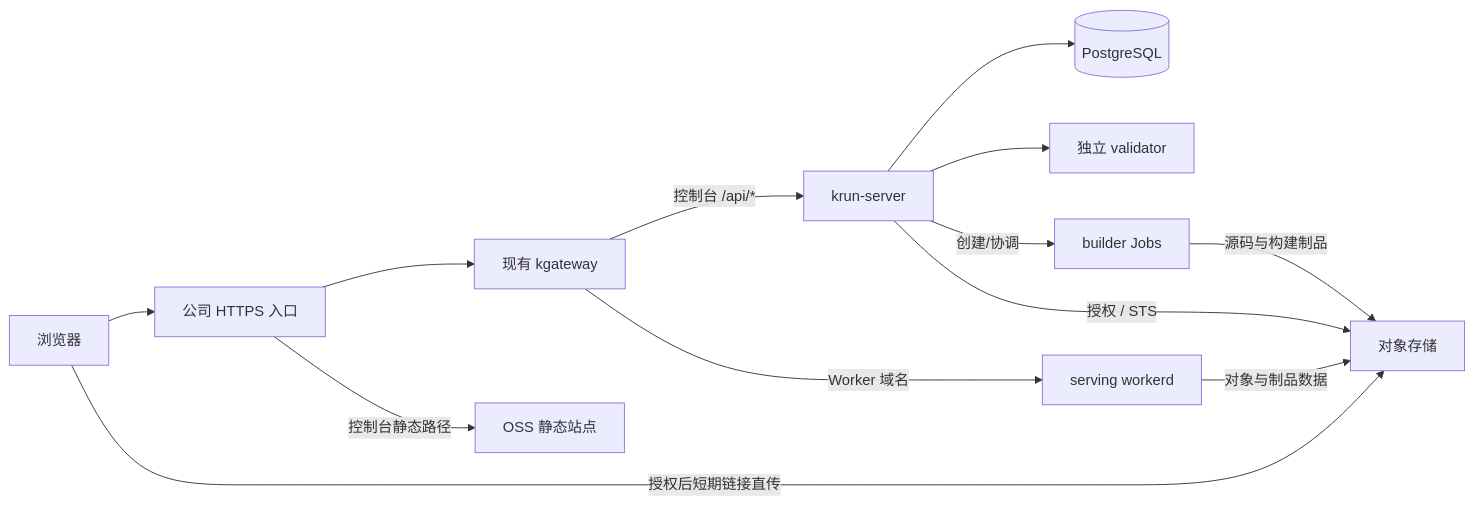
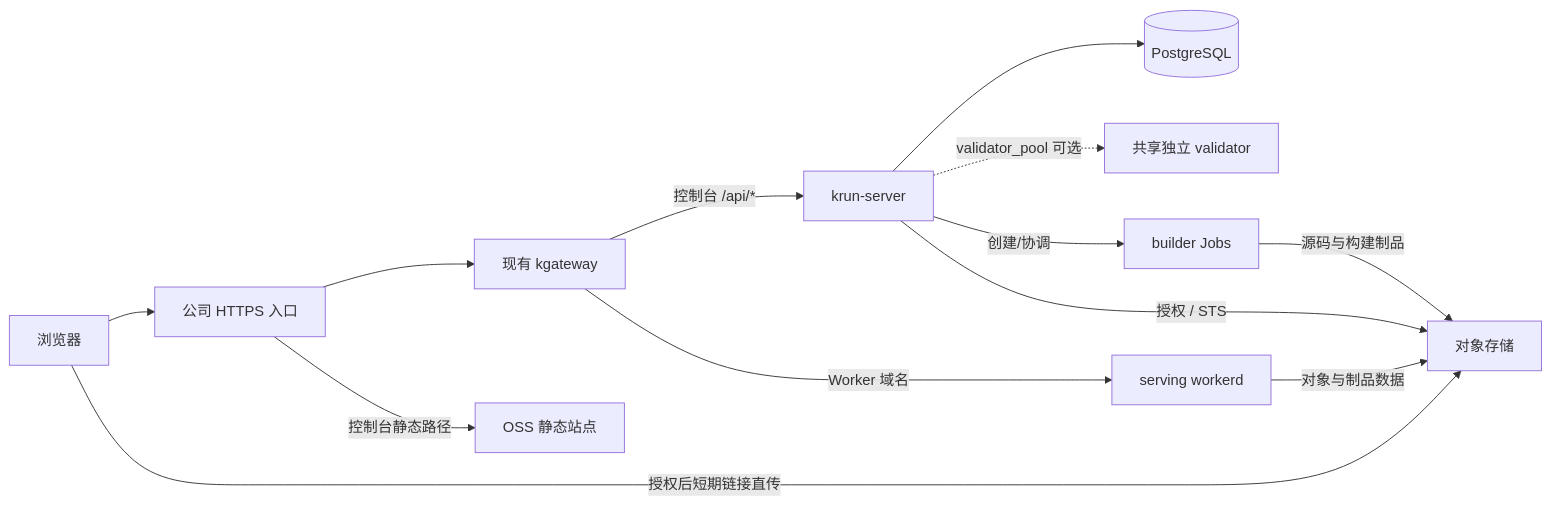
The diagram in deploy/production/README.md (krun-dev/krun), drawn with Mermaid before and after one commit. The commit also changed other lines of this file and 25 other files, not shown here.

````diff
--- a/deploy/production/README.md
+++ b/deploy/production/README.md
@@ -8,15 +8,15 @@
 ```mermaid
 flowchart LR
     Browser[浏览器] --> Edge[公司 HTTPS 入口]
     Edge --> Gateway[现有 kgateway]
     Gateway -->|控制台 /api/*| Go[krun-server]
     Edge -->|控制台静态路径| OSS[OSS 静态站点]
     Gateway -->|Worker 域名| Serving[serving workerd]
     Go --> PG[(PostgreSQL)]
-    Go --> Validator[独立 validator]
+    Go -. validator_pool 可选 .-> Validator[共享独立 validator]
     Go -->|创建/协调| Builder[builder Jobs]
     Go -->|授权 / STS| TOS[对象存储]
     Serving -->|对象与制品数据| TOS
     Builder -->|源码与构建制品| TOS
     Browser -->|授权后短期链接直传| TOS
 ```
````
